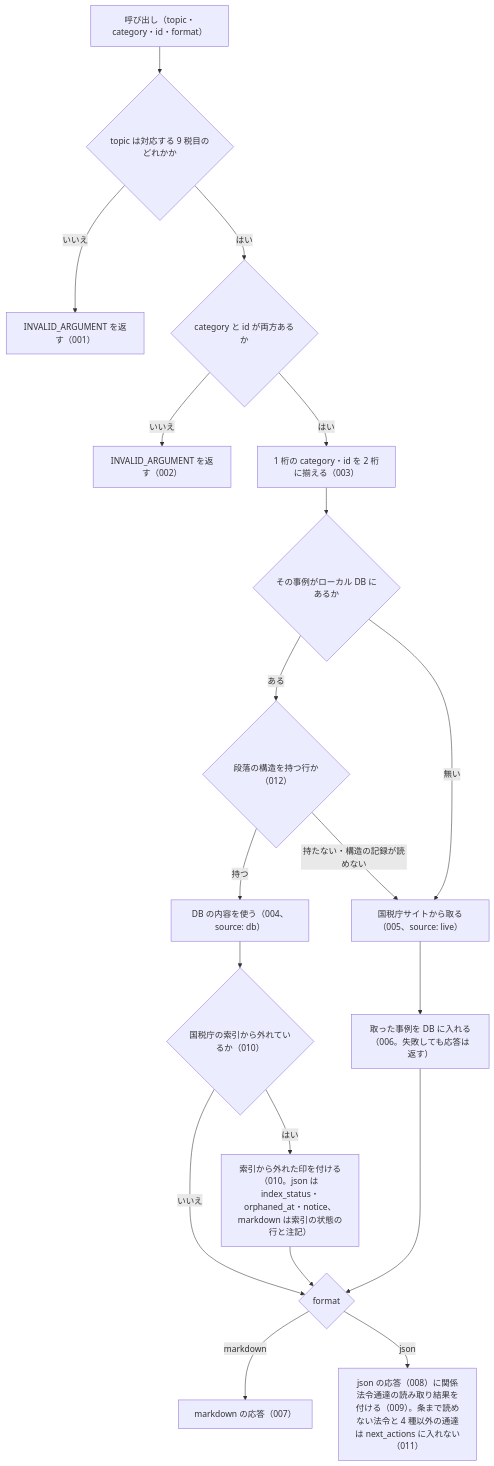
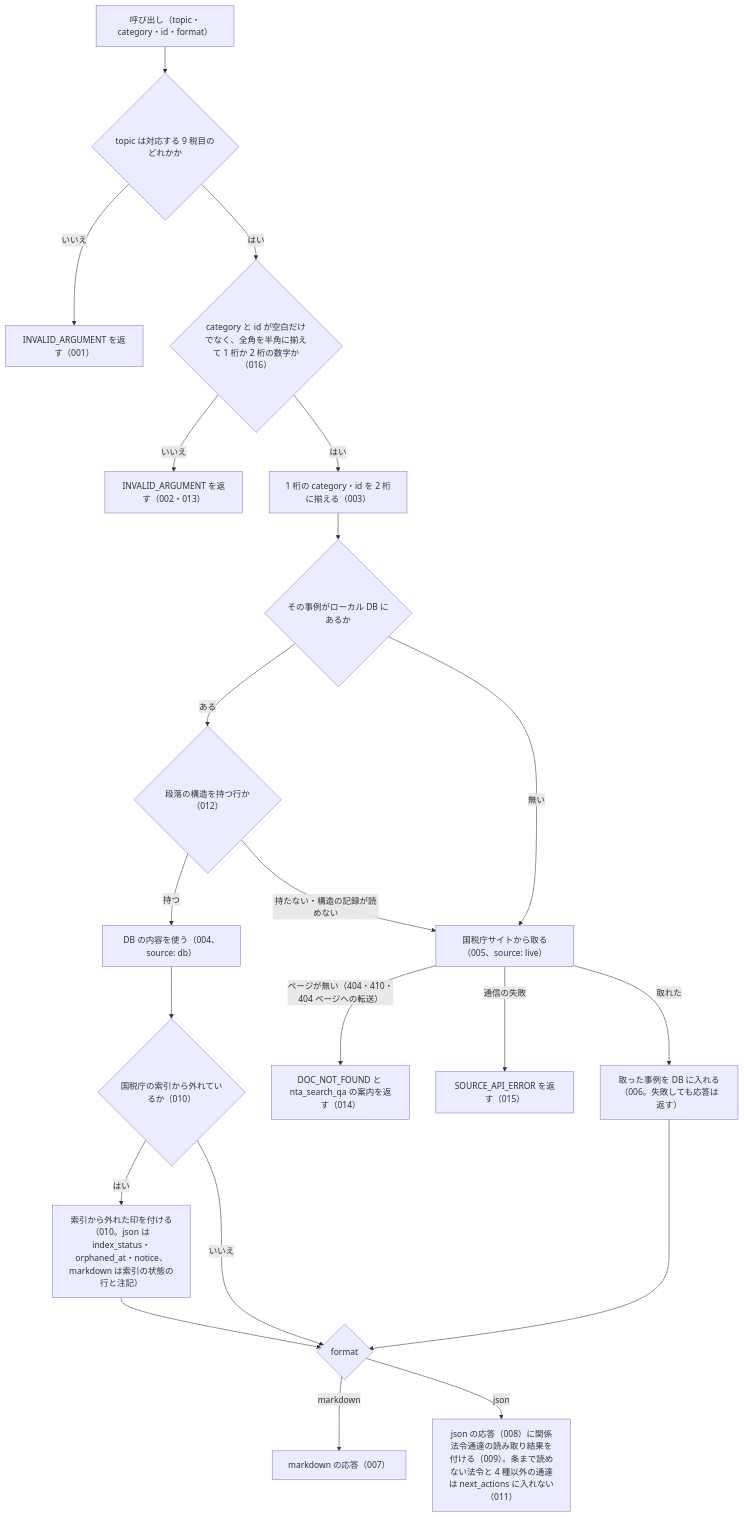
The diagram in specs/current/nta_get_qa/spec.md (shuji-bonji/houki-nta-mcp), drawn with Mermaid before and after one commit. The commit also changed other lines of this file and 21 other files, not shown here.

````diff
--- a/specs/current/nta_get_qa/spec.md
+++ b/specs/current/nta_get_qa/spec.md
@@ -28,21 +28,23 @@
 ```mermaid
 flowchart TD
   A["呼び出し（topic・category・id・format）"] --> B{"topic は対応する 9 税目のどれかか"}
   B -- いいえ --> E1["INVALID_ARGUMENT を返す（001）"]
-  B -- はい --> C{"category と id が両方あるか"}
-  C -- いいえ --> E2["INVALID_ARGUMENT を返す（002）"]
+  B -- はい --> C{"category と id が空白だけでなく、全角を半角に揃えて 1 桁か 2 桁の数字か（016）"}
+  C -- いいえ --> E2["INVALID_ARGUMENT を返す（002・013）"]
   C -- はい --> D["1 桁の category・id を 2 桁に揃える（003）"]
   D --> F{"その事例がローカル DB にあるか"}
   F -- ある --> F2{"段落の構造を持つ行か（012）"}
   F2 -- 持つ --> G["DB の内容を使う（004、source: db）"]
   F2 -- "持たない・構造の記録が読めない" --> H
   F -- 無い --> H["国税庁サイトから取る（005、source: live）"]
-  H --> I["取った事例を DB に入れる（006。失敗しても応答は返す）"]
+  H -- "ページが無い（404・410・404 ページへの転送）" --> E3["DOC_NOT_FOUND と nta_search_qa の案内を返す（014）"]
+  H -- 通信の失敗 --> E4["SOURCE_API_ERROR を返す（015）"]
+  H -- 取れた --> I["取った事例を DB に入れる（006。失敗しても応答は返す）"]
   G --> X{"国税庁の索引から外れているか（010）"}
   X -- はい --> Y["索引から外れた印を付ける（010。json は index_status・orphaned_at・notice、markdown は索引の状態の行と注記）"]
   X -- いいえ --> J{"format"}
   Y --> J
   I --> J
   J -- markdown --> K["markdown の応答（007）"]
   J -- json --> L["json の応答（008）に関係法令通達の読み取り結果を付ける（009）。条まで読めない法令と 4 種以外の通達は next_actions に入れない（011）"]
 ```
````
